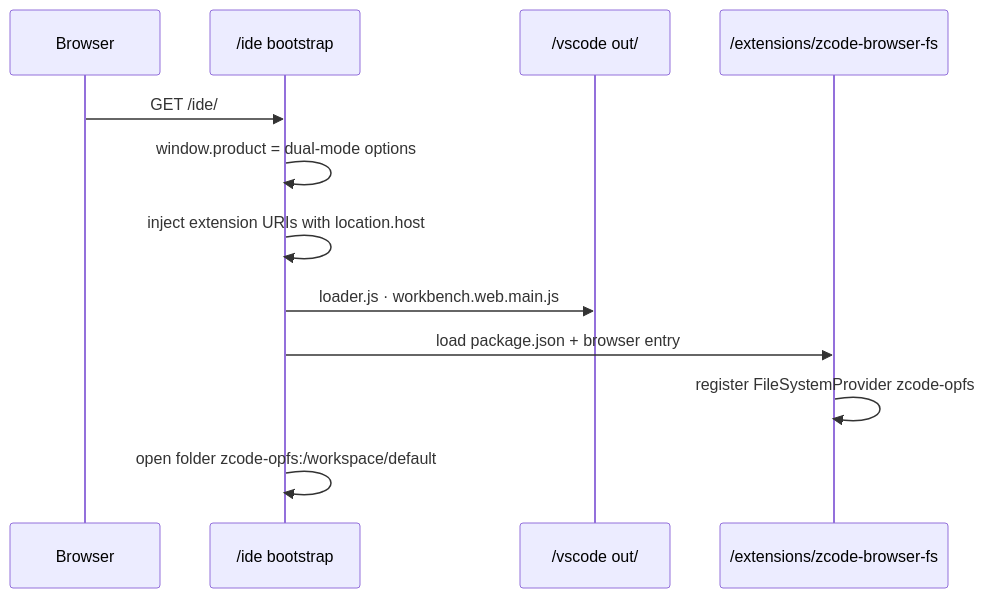
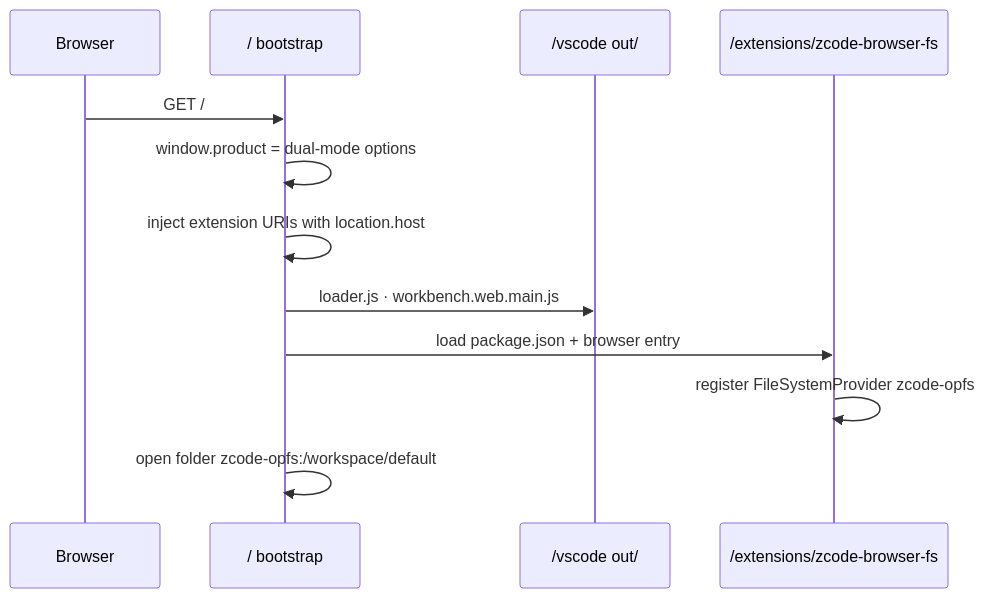
Before and after one commit to spinupdev/zcode: the third of 3 diagrams in PLAN.md, drawn with Mermaid. The commit also changed other lines of this file and 27 other files, not shown here.

````diff
--- a/PLAN.md
+++ b/PLAN.md
@@ -104,15 +105,15 @@
 ```mermaid
 sequenceDiagram
   participant B as Browser
-  participant H as /ide bootstrap
+  participant H as / bootstrap
   participant V as /vscode out/
   participant E as /extensions/zcode-browser-fs
 
-  B->>H: GET /ide/
+  B->>H: GET /
   H->>H: window.product = dual-mode options
   H->>H: inject extension URIs with location.host
   H->>V: loader.js · workbench.web.main.js
   H->>E: load package.json + browser entry
   E->>E: register FileSystemProvider zcode-opfs
   H->>H: open folder zcode-opfs:/workspace/default
 ```
````
